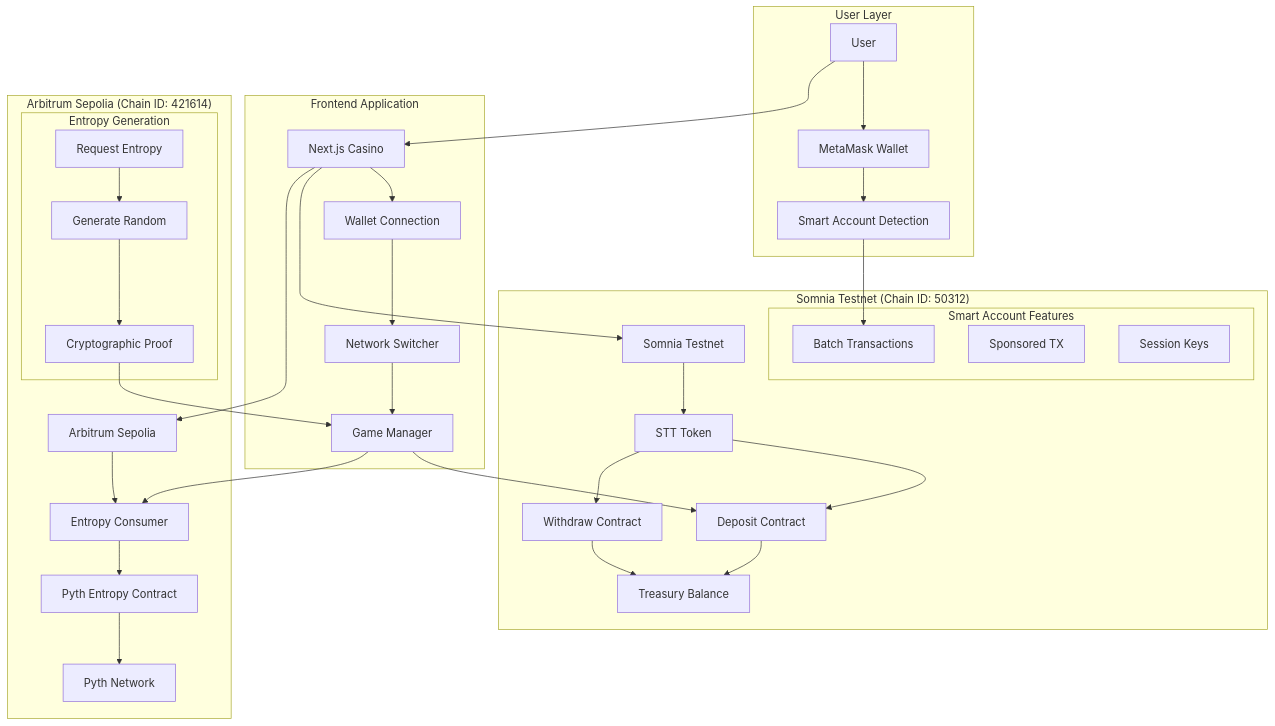
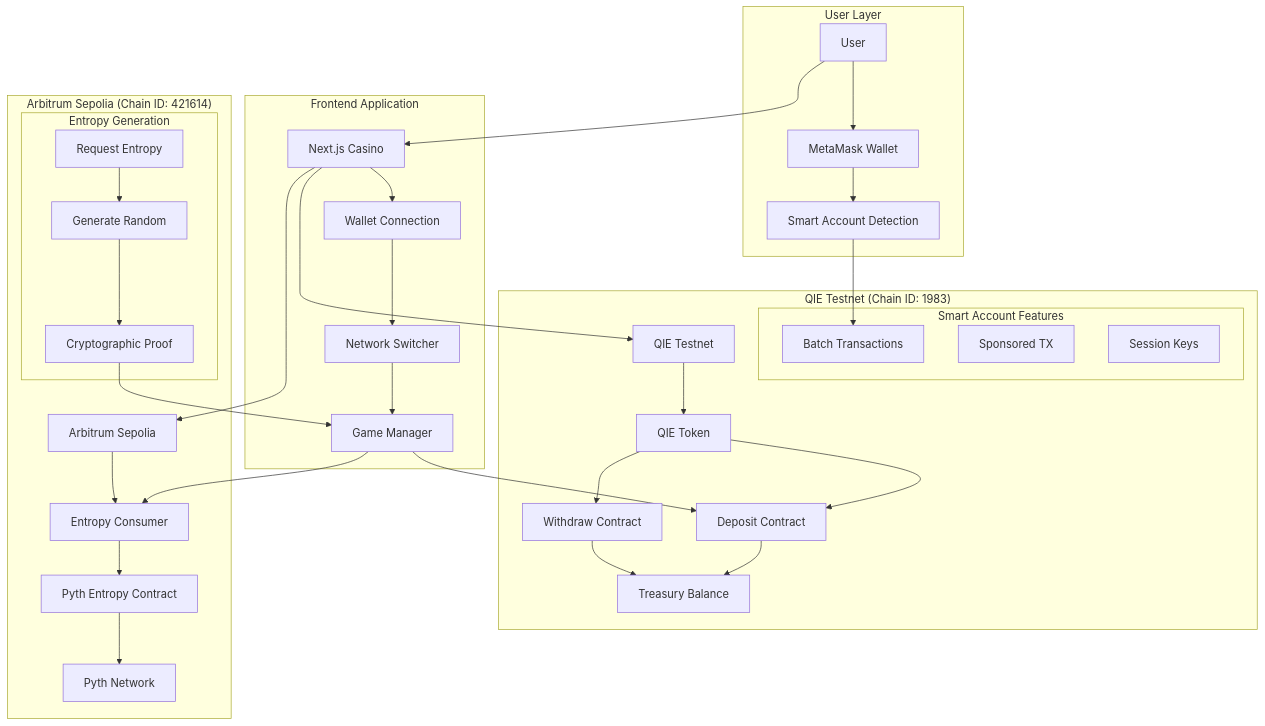
The fourth of 12 diagrams in README.md (AmaanSayyad/APT-Casino-QIE), drawn with Mermaid before and after one commit. The commit also changed other lines of this file, not shown here.

````diff
--- a/README.md
+++ b/README.md
@@ -322,49 +322,49 @@
 ```mermaid
 graph TB
     subgraph User["User Layer"]
         U[User] --> W[MetaMask Wallet]
         W --> SA[Smart Account Detection]
     end
     
     subgraph Frontend["Frontend Application"]
         F[Next.js Casino] --> WC[Wallet Connection]
         WC --> NS[Network Switcher]
         NS --> GM[Game Manager]
     end
     
-    subgraph Somnia TestnetNet["Somnia Testnet (Chain ID: 50312)"]
-        MT[Somnia Testnet] --> STT[STT Token]
-        STT --> DEP[Deposit Contract]
-        STT --> WITH[Withdraw Contract]
+    subgraph QIETestnet["QIE Testnet (Chain ID: 1983)"]
+        MT[QIE Testnet] --> QIE[QIE Token]
+        QIE --> DEP[Deposit Contract]
+        QIE --> WITH[Withdraw Contract]
         DEP --> TB[Treasury Balance]
         WITH --> TB
         
         subgraph SmartAccount["Smart Account Features"]
             BATCH[Batch Transactions]
             SPONSOR[Sponsored TX]
             SESSION[Session Keys]
         end
     end
     
     subgraph ArbitrumNet["Arbitrum Sepolia (Chain ID: 421614)"]
         AS[Arbitrum Sepolia] --> EC[Entropy Consumer]
         EC --> PE[Pyth Entropy Contract]
         PE --> PN[Pyth Network]
         
         subgraph EntropyFlow["Entropy Generation"]
             REQ[Request Entropy]
             GEN[Generate Random]
             PROOF[Cryptographic Proof]
         end
     end
     
     U --> F
     F --> MT
     F --> AS
     GM --> DEP
     GM --> EC
     SA --> BATCH
     REQ --> GEN
     GEN --> PROOF
     PROOF --> GM
 ```
````
